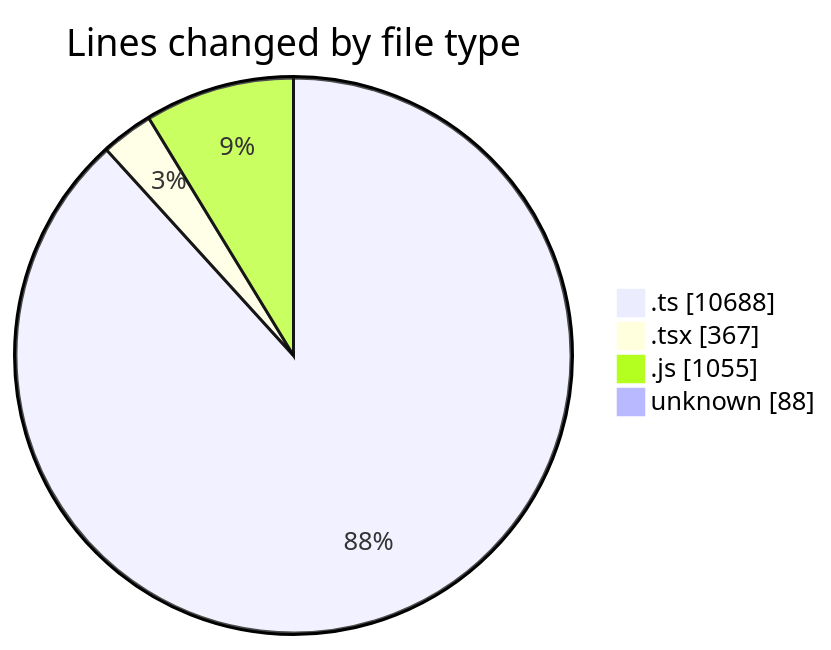
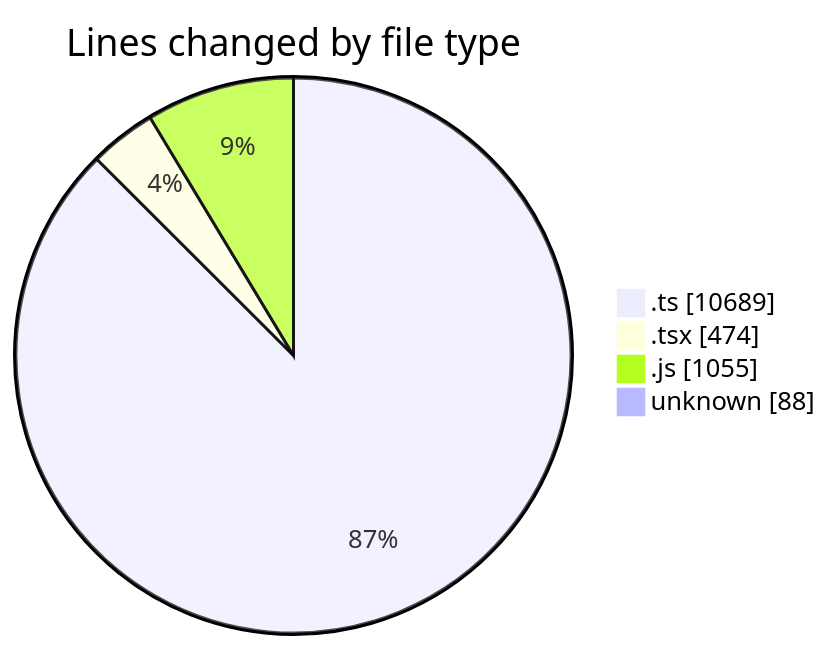
Before and after one commit to momahboobian/code-tracking: the first of 2 diagrams in 2026-03-11/cda/README.md, drawn with Mermaid. The commit also changed other lines of this file and 1 other file, not shown here.

````diff
--- a/2026-03-11/cda/README.md
+++ b/2026-03-11/cda/README.md
@@ -33,8 +34,8 @@
 ```mermaid
 pie showData
 title Lines changed by file type
-".ts" : 10688
-".tsx" : 367
+".ts" : 10689
+".tsx" : 474
 ".js" : 1055
 "unknown" : 88
 ```
````
